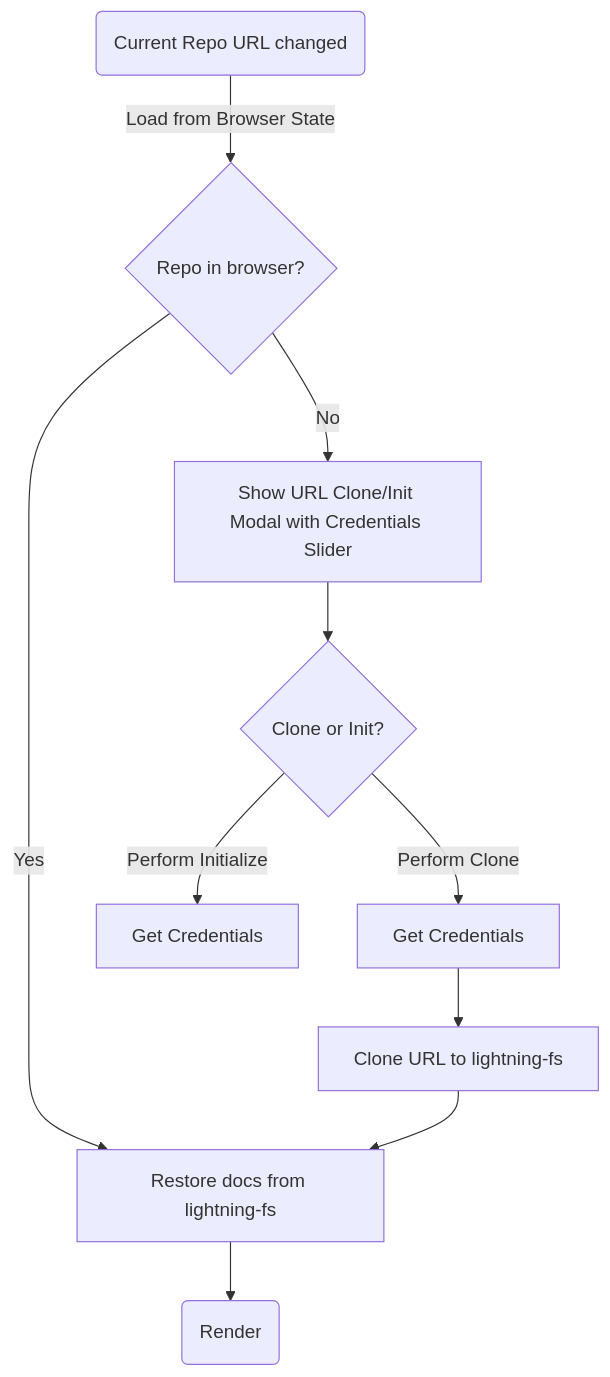
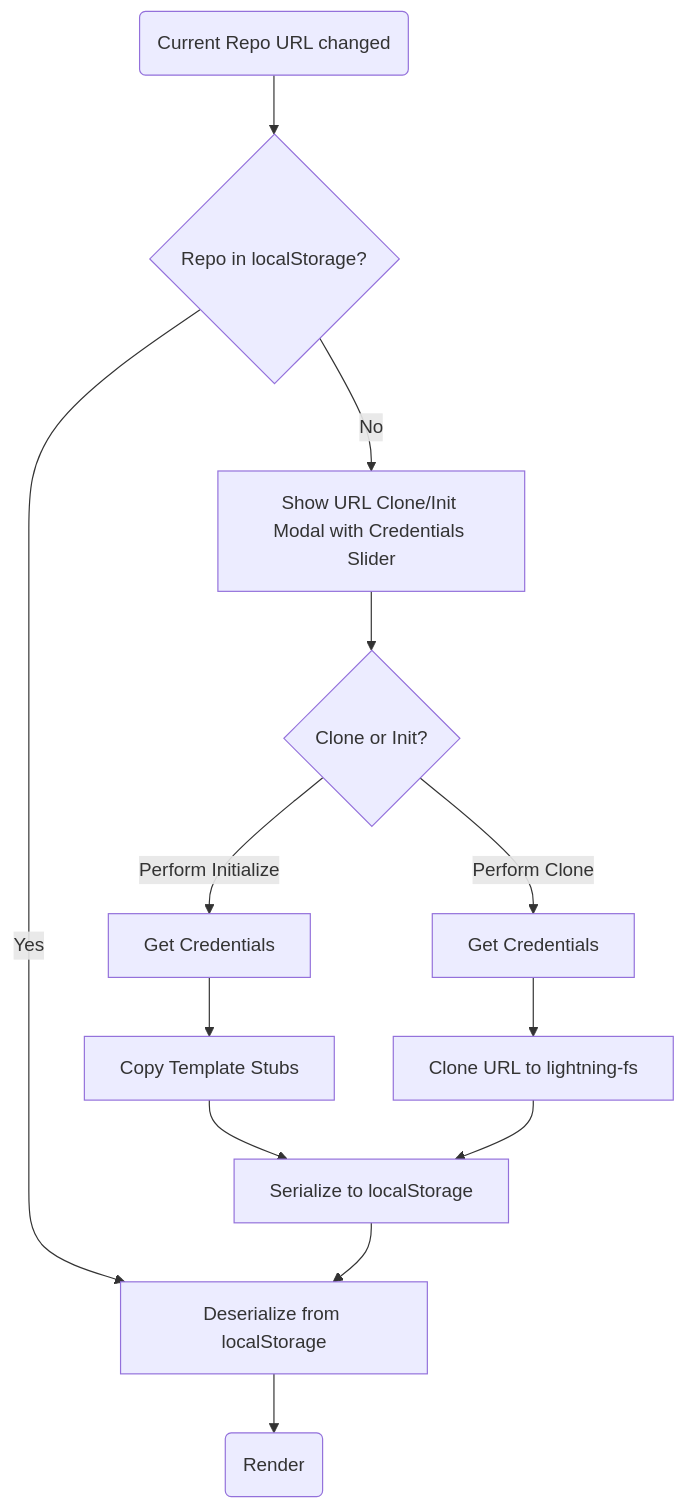
The diagram in t4rD77Dy-co_tSRwiscVs.md (sengac/gitfeatures-spec), drawn with Mermaid before and after one commit.

Commit message:
more fixes

````diff
--- a/t4rD77Dy-co_tSRwiscVs.md
+++ b/t4rD77Dy-co_tSRwiscVs.md
@@ -10,12 +10,15 @@
 ```mermaid
 graph TD
-    A(Current Repo URL changed) -->|Load from Browser State| B{Repo in browser?}
-    B -->|Yes| restore-lfs[Restore docs from lightning-fs]
-    restore-lfs --> render(Render)
+    A(Current Repo URL changed) --> B{Repo in localStorage?}
+    B -->|Yes| deserialize[Deserialize from localStorage]
+    deserialize --> render(Render)
     B -->|No| E[Show Init/Clone Modal]
     E[Show URL Clone/Init Modal with Credentials Slider] --> F{Clone or Init?}
     F -->|Perform Clone| G[Get Credentials]
     F -->|Perform Initialize| H[Get Credentials]
+    H --> copy-stub[Copy Template Stubs]
+    copy-stub --> serialize[Serialize to localStorage]
     G --> I[Clone URL to lightning-fs]
-    I --> restore-lfs
+    I --> serialize
+    serialize --> deserialize
 ```
````
